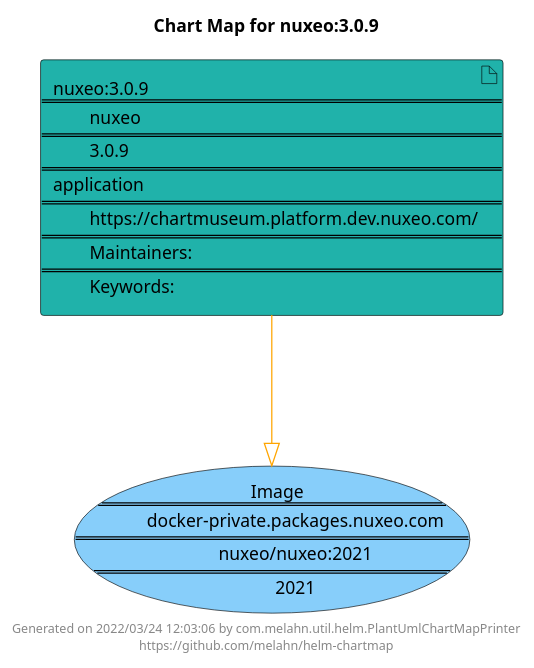
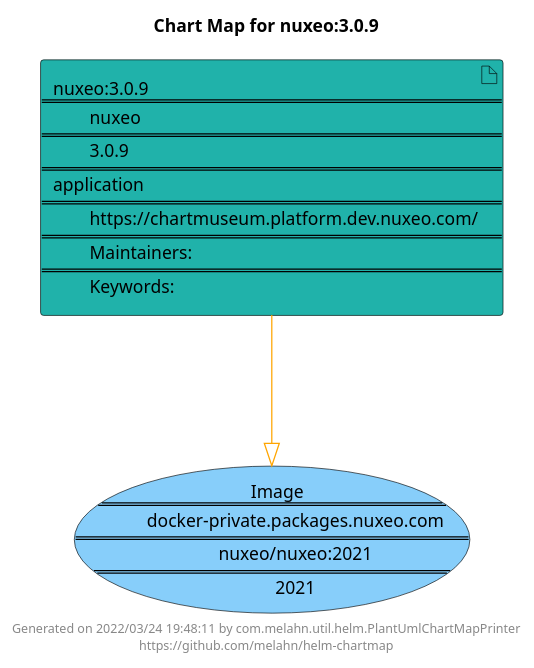
The diagram in docs/nuxeo/nuxeo-3.0.9.puml (melahn/helm-chartmap), drawn with PlantUML before and after one commit. The commit also changed 55 other files, not shown here.

Commit message:
Update Example Chart Maps as part of GitHub build

```diff
--- a/docs/nuxeo/nuxeo-3.0.9.puml
+++ b/docs/nuxeo/nuxeo-3.0.9.puml
@@ -1,21 +1,21 @@
 @startuml
 skinparam linetype ortho
 skinparam backgroundColor white
 skinparam usecaseBorderColor black
 skinparam usecaseArrowColor LightSlateGray
 skinparam artifactBorderColor black
 skinparam artifactArrowColor LightSlateGray
 
 title Chart Map for nuxeo:3.0.9
 
 'There is one referenced Helm Chart
 artifact "nuxeo:3.0.9\n====\n\tnuxeo\n====\n\t3.0.9\n====\napplication\n====\n\thttps://chartmuseum.platform.dev.nuxeo.com/\n====\n\tMaintainers: \n====\n\tKeywords: " as nuxeo_3_0_9 #LightSeaGreen
 
 'There is one referenced Docker Image
 usecase "Image\n====\n\tdocker-private.packages.nuxeo.com\n====\n\tnuxeo/nuxeo:2021\n====\n\t2021" as docker_private_packages_nuxeo_com_nuxeo_nuxeo_2021 #LightSkyBlue
 
 'Chart Dependencies
 nuxeo_3_0_9--[#orange]-|>docker_private_packages_nuxeo_com_nuxeo_nuxeo_2021
 
-center footer Generated on 2022/03/24 12:03:06 by com.melahn.util.helm.PlantUmlChartMapPrinter\nhttps://github.com/melahn/helm-chartmap
+center footer Generated on 2022/03/24 19:48:11 by com.melahn.util.helm.PlantUmlChartMapPrinter\nhttps://github.com/melahn/helm-chartmap
 @enduml
```
